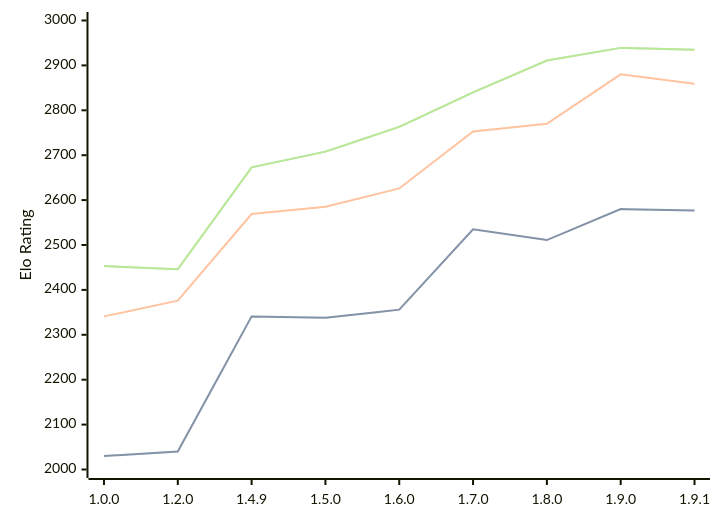
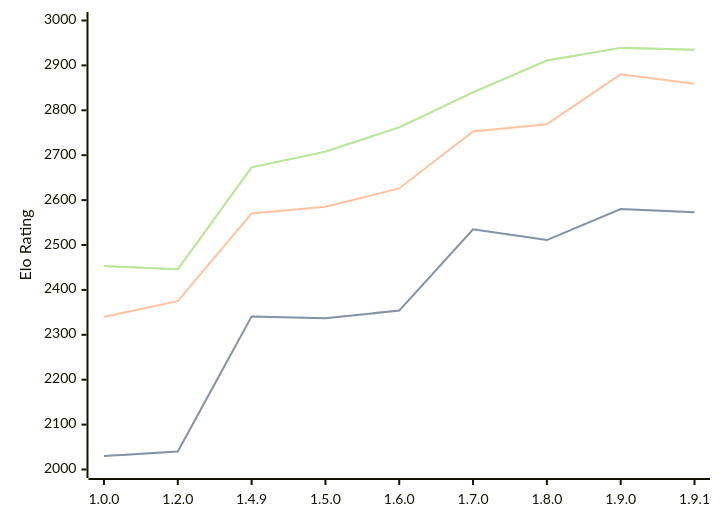
The diagram in engines/Basilisk.md (computer-chess-index/cci), drawn with Mermaid before and after one commit. The commit also changed other lines of this file, not shown here.

Commit message:
Update CCI Ratings (ELO VLTC) - 2026-08-03

````diff
--- a/engines/Basilisk.md
+++ b/engines/Basilisk.md
@@ -54,11 +55,11 @@
 ```mermaid
 %%{init: {"theme":"base","themeVariables":{"seriesColors:['#a3a3a3','#222221','#faa371']}}}%%
 xychart-beta
   x-axis ["1.0.0", "1.2.0", "1.4.9", "1.5.0", "1.6.0", "1.7.0", "1.8.0", "1.9.0", "1.9.1"]
   y-axis "Elo Rating" 2000 --> 3000
-  line "STC (8.0+0.08s)" [2030, 2040, 2341, 2338, 2356, 2535, 2511, 2580, 2577]
-  line "STC (8.0+0.08s)" [2030, 2040, 2341, 2338, 2356, 2535, 2511, 2580, 2577]
-  line "LTC (60.0+0.60s)" [2341, 2376, 2569, 2585, 2626, 2753, 2770, 2880, 2859]
-  line "VLTC (2m24s+1.12s)" [2453, 2446, 2673, 2708, 2763, 2840, 2911, 2939, 2935]
-  line "VLTC (2m24s+1.12s)" [2453, 2446, 2673, 2708, 2763, 2840, 2911, 2939, 2935]
+  line "STC (8.0+0.08s)" [2030, 2040, 2341, 2337, 2354, 2535, 2511, 2580, 2573]
+  line "STC (8.0+0.08s)" [2030, 2040, 2341, 2337, 2354, 2535, 2511, 2580, 2573]
+  line "LTC (60.0+0.60s)" [2340, 2375, 2570, 2585, 2626, 2753, 2769, 2880, 2859]
+  line "VLTC (2m24s+1.12s)" [2453, 2446, 2673, 2708, 2762, 2840, 2911, 2939, 2935]
+  line "VLTC (2m24s+1.12s)" [2453, 2446, 2673, 2708, 2762, 2840, 2911, 2939, 2935]
 ```
````
